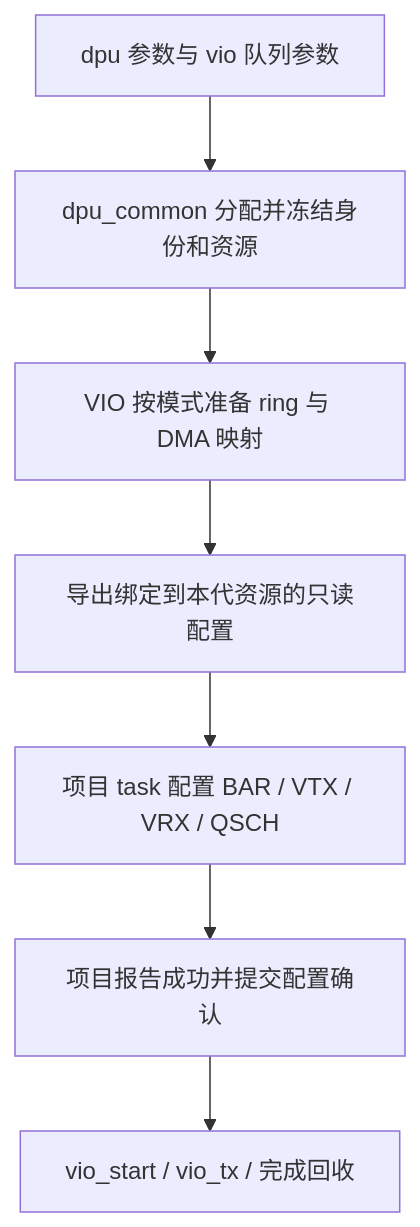
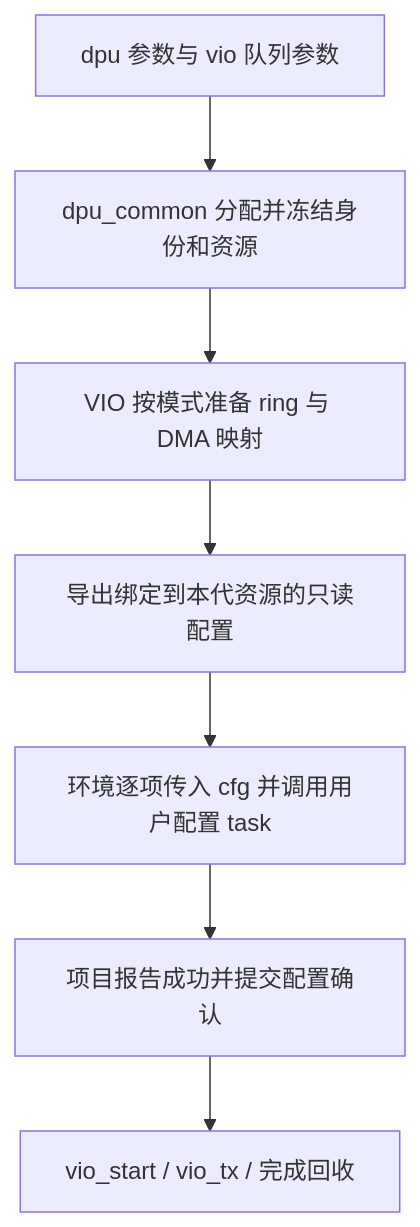
The diagram in docs/superpowers/specs/2026-11-07-vio-external-device-configuration-design.md (Beihang-yuting/virtio_work), drawn with Mermaid before and after one commit. The commit also changed other lines of this file, not shown here.

````diff
--- a/docs/superpowers/specs/2026-11-07-vio-external-device-configuration-design.md
+++ b/docs/superpowers/specs/2026-11-07-vio-external-device-configuration-design.md
@@ -54,9 +60,9 @@
 ```mermaid
 flowchart TD
     A[dpu 参数与 vio 队列参数] --> B[dpu_common 分配并冻结身份和资源]
     B --> C[VIO 按模式准备 ring 与 DMA 映射]
     C --> D[导出绑定到本代资源的只读配置]
-    D --> E[项目 task 配置 BAR / VTX / VRX / QSCH]
+    D --> E[环境逐项传入 cfg 并调用用户配置 task]
     E --> F[项目报告成功并提交配置确认]
     F --> G[vio_start / vio_tx / 完成回收]
 ```
````
